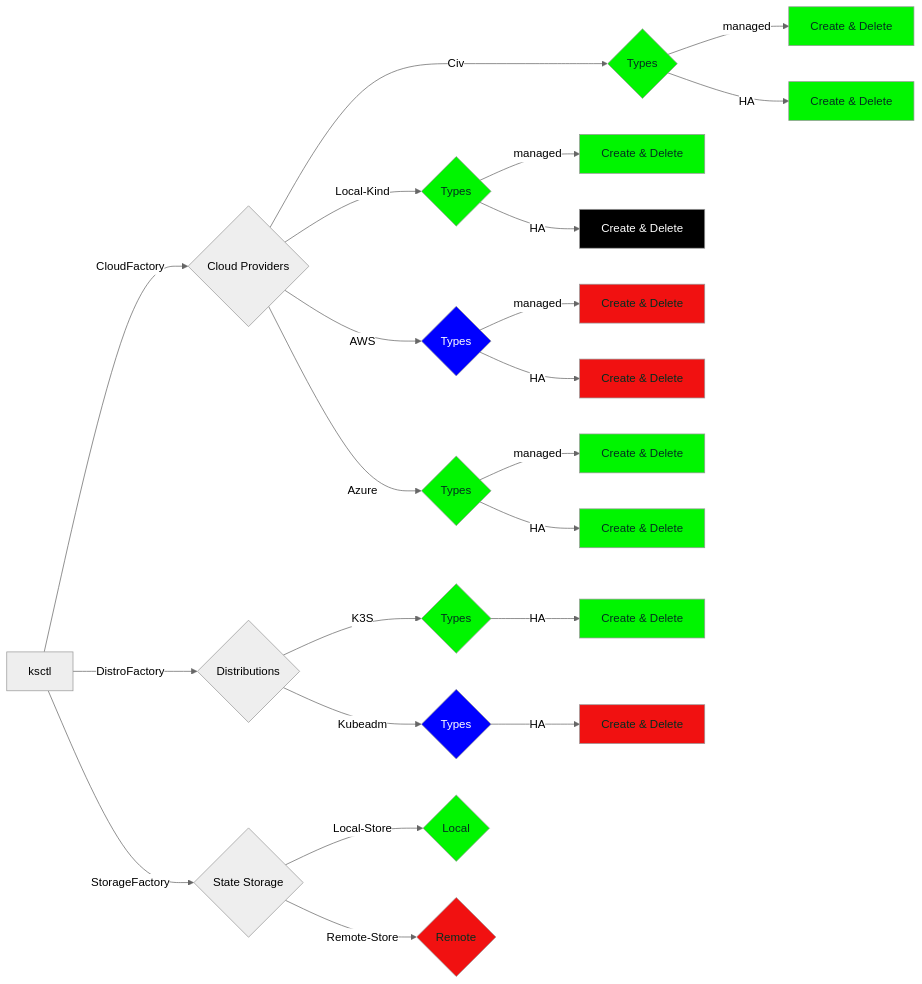
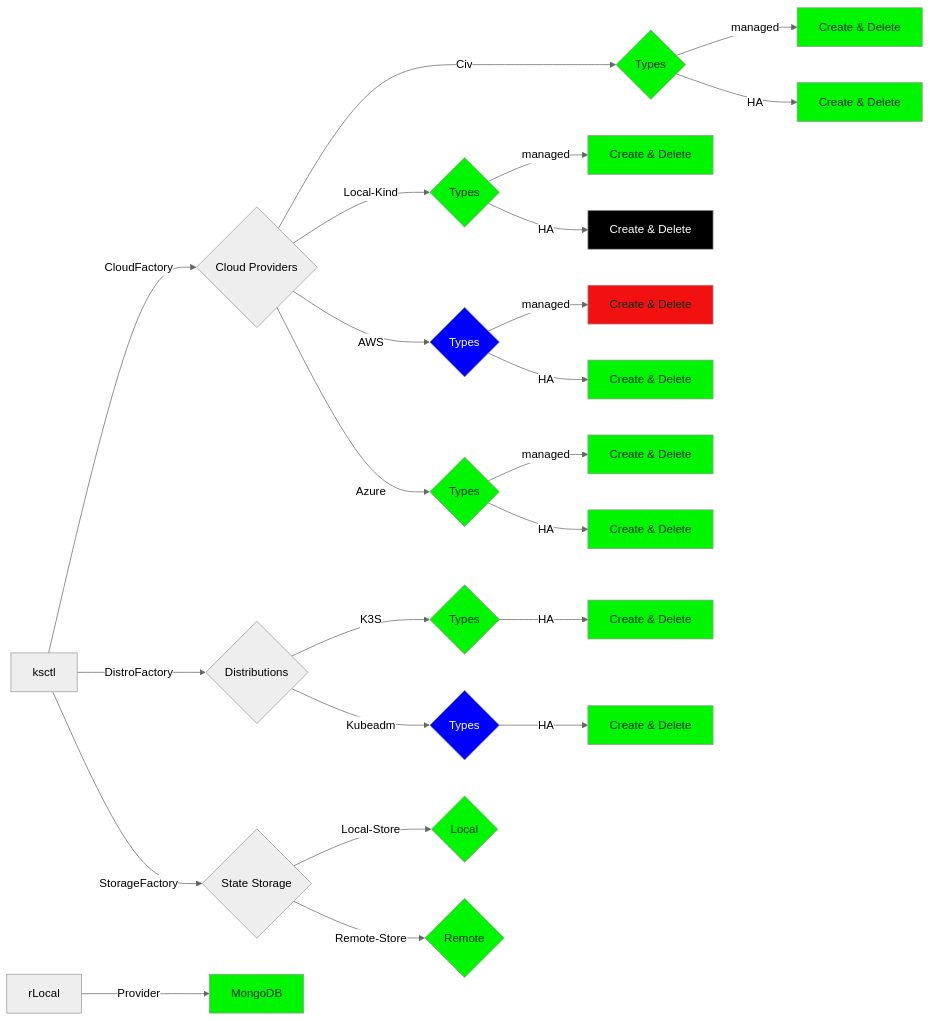
One commit to ksctl/docs changed the diagram in content/en/docs/roadmap.md. Above: the diagram before and after it, drawn with Mermaid (neutral theme).

Commit message:
updated: ksctl roadmap

````diff
--- a/content/en/docs/roadmap.md
+++ b/content/en/docs/roadmap.md
@@ -14,38 +14,40 @@
 ```mermaid
 flowchart LR;
   classDef green color:#022e1f,fill:#00f500;
   classDef red color:#022e1f,fill:#f11111;
   classDef white color:#022e1f,fill:#fff;
   classDef black color:#fff,fill:#000;
   classDef blue color:#fff,fill:#00f;
 
   XX[ksctl]--CloudFactory-->web{Cloud Providers};
   XX[ksctl]--DistroFactory-->web2{Distributions};
   XX[ksctl]--StorageFactory-->web3{State Storage};
 
   web--Civo-->civo{Types};
   civo:::green--managed-->civom[Create & Delete]:::green;
   civo--HA-->civoha[Create & Delete]:::green;
 
   web--Local-Kind-->local{Types};
   local:::green--managed-->localm[Create & Delete]:::green;
   local--HA-->localha[Create & Delete]:::black;
 
   web--AWS-->aws{Types};
   aws:::blue--managed-->awsm[Create & Delete]:::red;
-  aws--HA-->awsha[Create & Delete]:::red;
+  aws--HA-->awsha[Create & Delete]:::green;
 
   web--Azure-->az{Types};
   az:::green--managed-->azsm[Create & Delete]:::green;
   az--HA-->azha[Create & Delete]:::green;
 
   web2--K3S-->k3s{Types};
   k3s:::green--HA-->k3ha[Create & Delete]:::green;
 
   web2--Kubeadm-->kubeadm{Types};
-  kubeadm:::blue--HA-->kubeadmha[Create & Delete]:::red;
+  kubeadm:::blue--HA-->kubeadmha[Create & Delete]:::green;
 
   web3--Local-Store-->slocal{Local}:::green;
-  web3--Remote-Store-->rlocal{Remote}:::red;
+  web3--Remote-Store-->rlocal{Remote}:::green;
+  rLocal--Provider-->mongo[MongoDB]:::green;
+  
 
 ```
````
